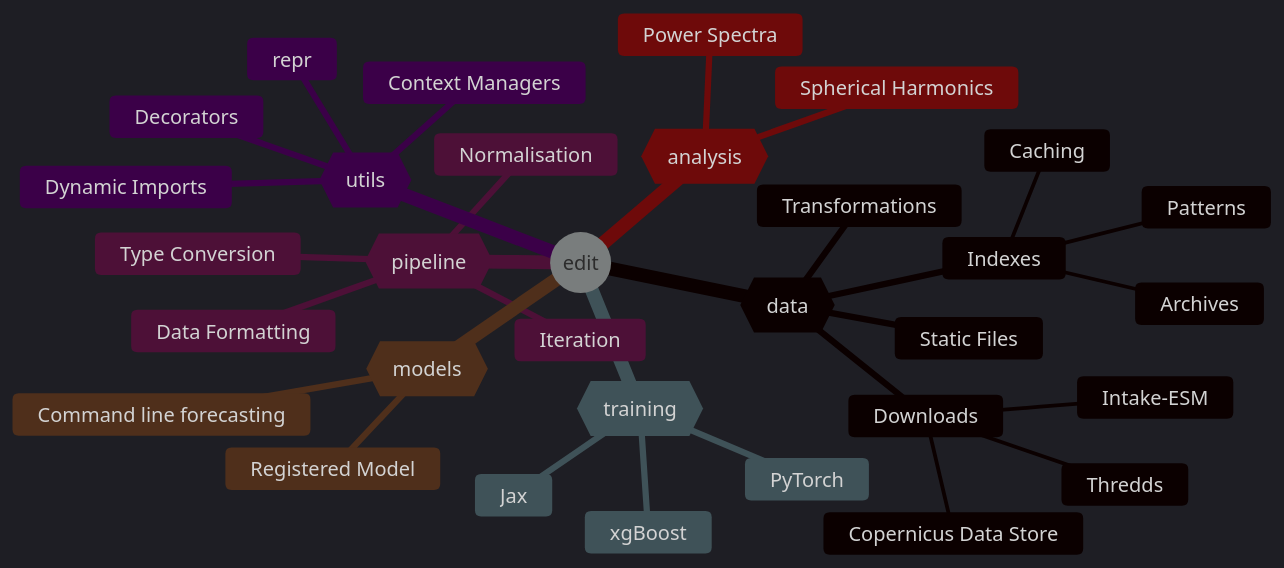
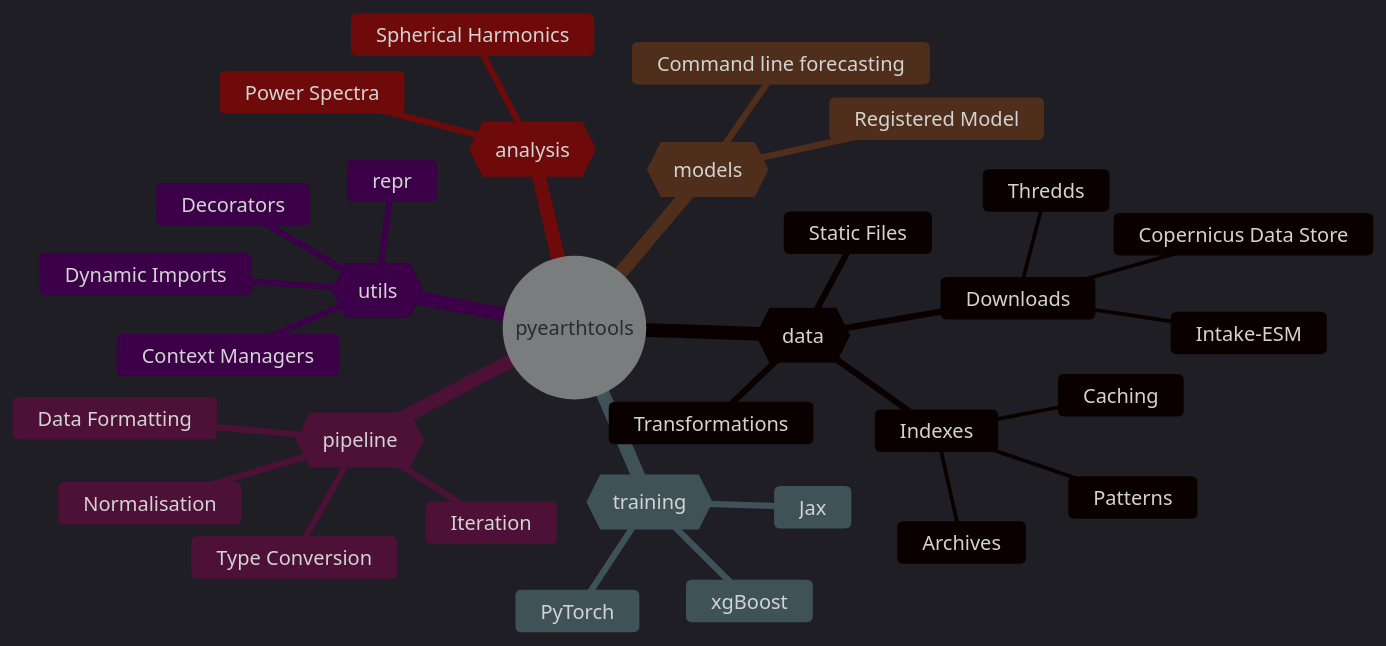
Before and after one commit to ACCESS-Community-Hub/PyEarthTools: the first of 3 diagrams in packages/documentation/docs/index.md, drawn with Mermaid. The commit also changed other lines of this file and 326 other files, not shown here.

Commit message:
Search-and-replace edit with pyearthtools. Untested.

````diff
--- a/packages/documentation/docs/index.md
+++ b/packages/documentation/docs/index.md
@@ -28,37 +28,37 @@
 ```mermaid
 %%{init: { 'theme':'dark' }}%%
 mindmap
-  root((edit))
+  root((pyearthtools))
     data{{data}}
         Indexes
             Archives
             Caching
             Patterns
         Downloads
             Copernicus Data Store
             Intake-ESM
             Thredds
         Transformations
         Static Files
 
     pipeline{{pipeline}}
         Iteration
         Type Conversion
         Normalisation
         Data Formatting
     training{{training}}
         PyTorch
         xgBoost
         Jax
     models{{models}}
         Registered Model
         Command line forecasting
     analysis{{analysis}}
         Power Spectra
         Spherical Harmonics
     utils{{utils}}
         repr
         Context Managers
         Dynamic Imports
         Decorators
 ```
````
